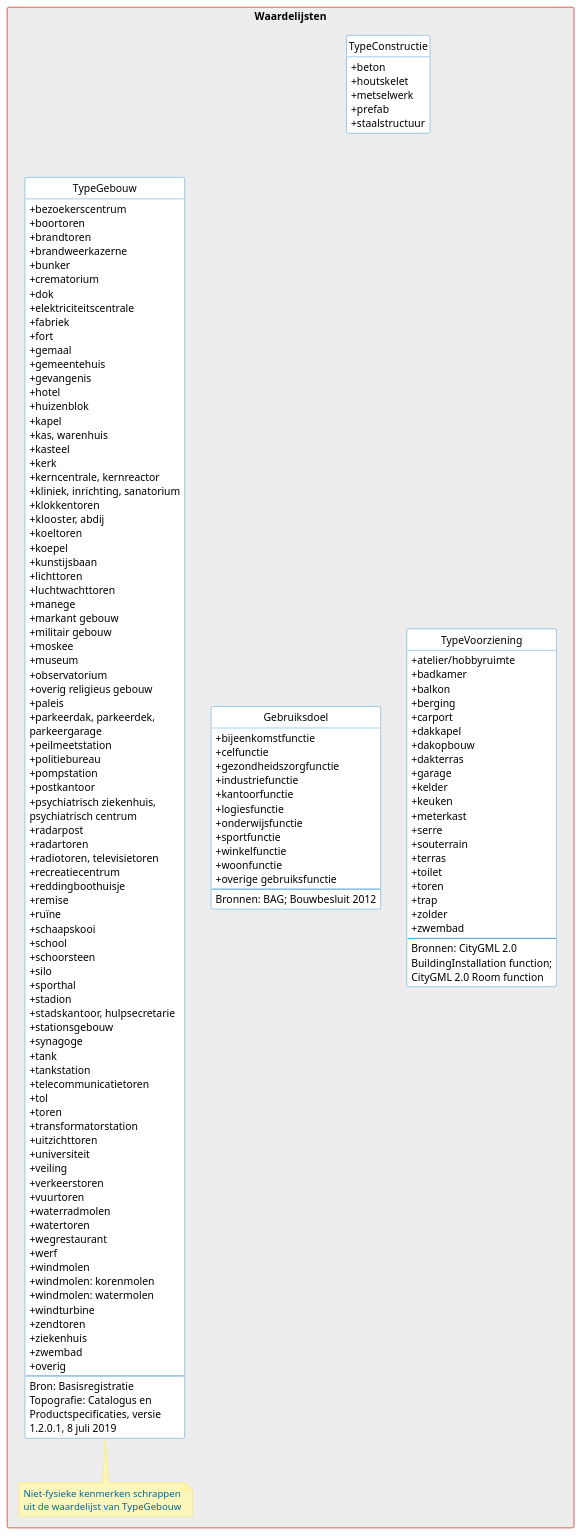
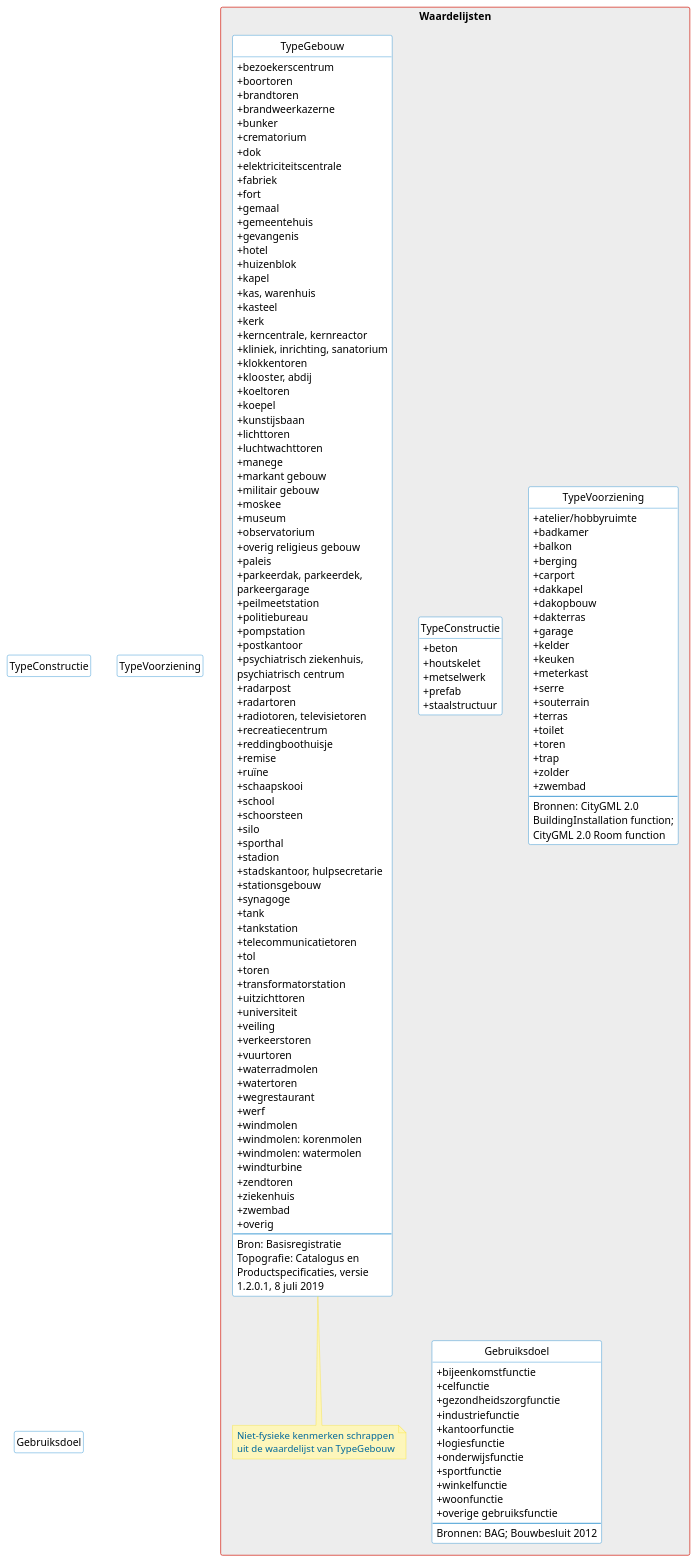
Before and after one commit to geobasisregistraties/werkgroep-bouwwerken: the diagram in model/waardelijsten.puml, drawn with PlantUML.

```diff
--- a/model/waardelijsten.puml
+++ b/model/waardelijsten.puml
@@ -68,6 +68,14 @@
 
 hide stereotype
 
+together {
+    class TypeConstructie
+    class TypeVoorziening
+'     class TypeMetagegeven
+    class Gebruiksdoel
+'     class TypeGebouw
+}
+
 package "Waardelijsten" <<rectangle>> #ededed {
     ' https://www.groephuyzentruyt.be/blog/de-verschillende-bouwmethodes
     class TypeConstructie << Referentielijst >> {
@@ -77,13 +85,6 @@
         + prefab
         + staalstructuur
     }
-
-together {
-    class TypeVoorziening
-'     class TypeMetagegeven
-    class Gebruiksdoel
-    class TypeGebouw
-}
 
     class TypeVoorziening << Referentielijst >> {
         + atelier/hobbyruimte
```
